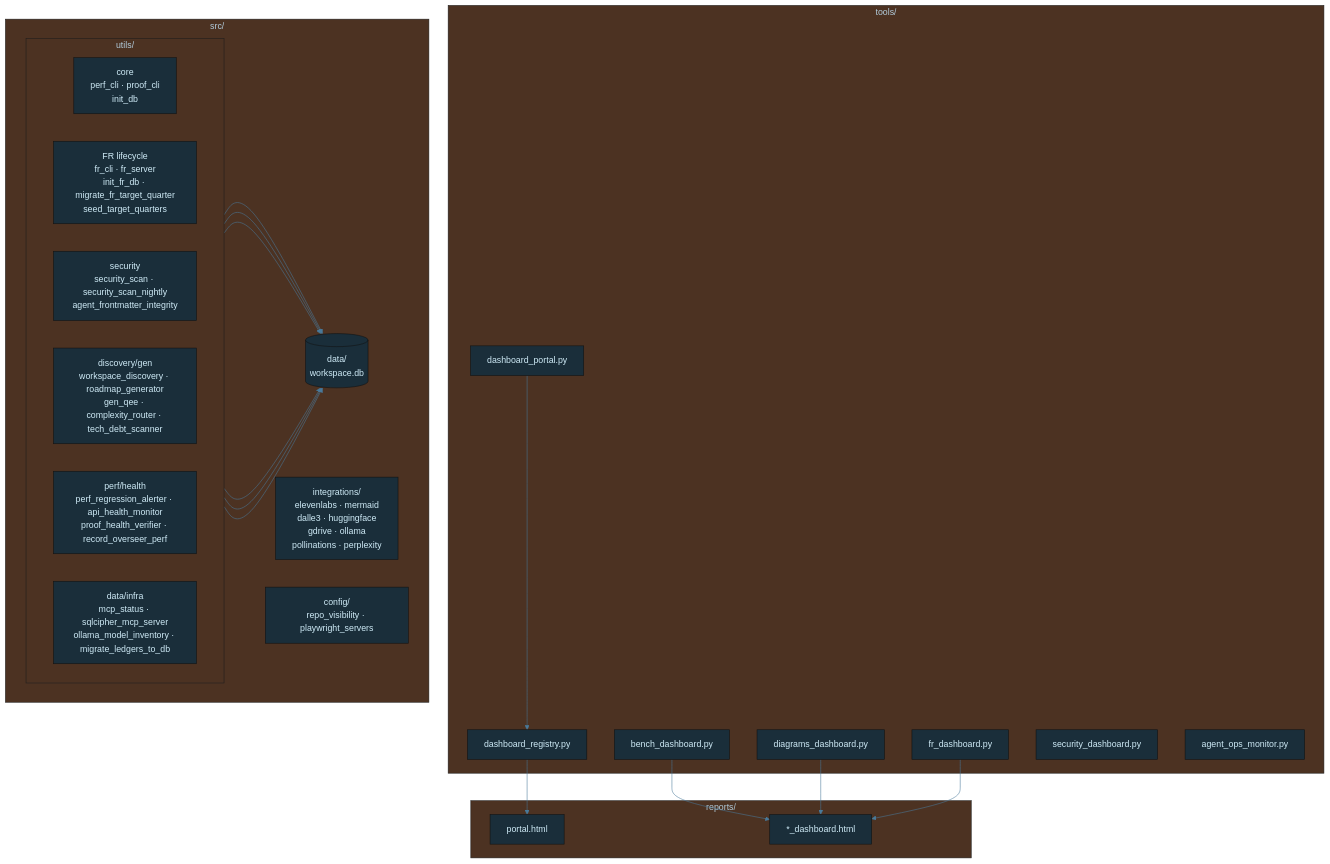
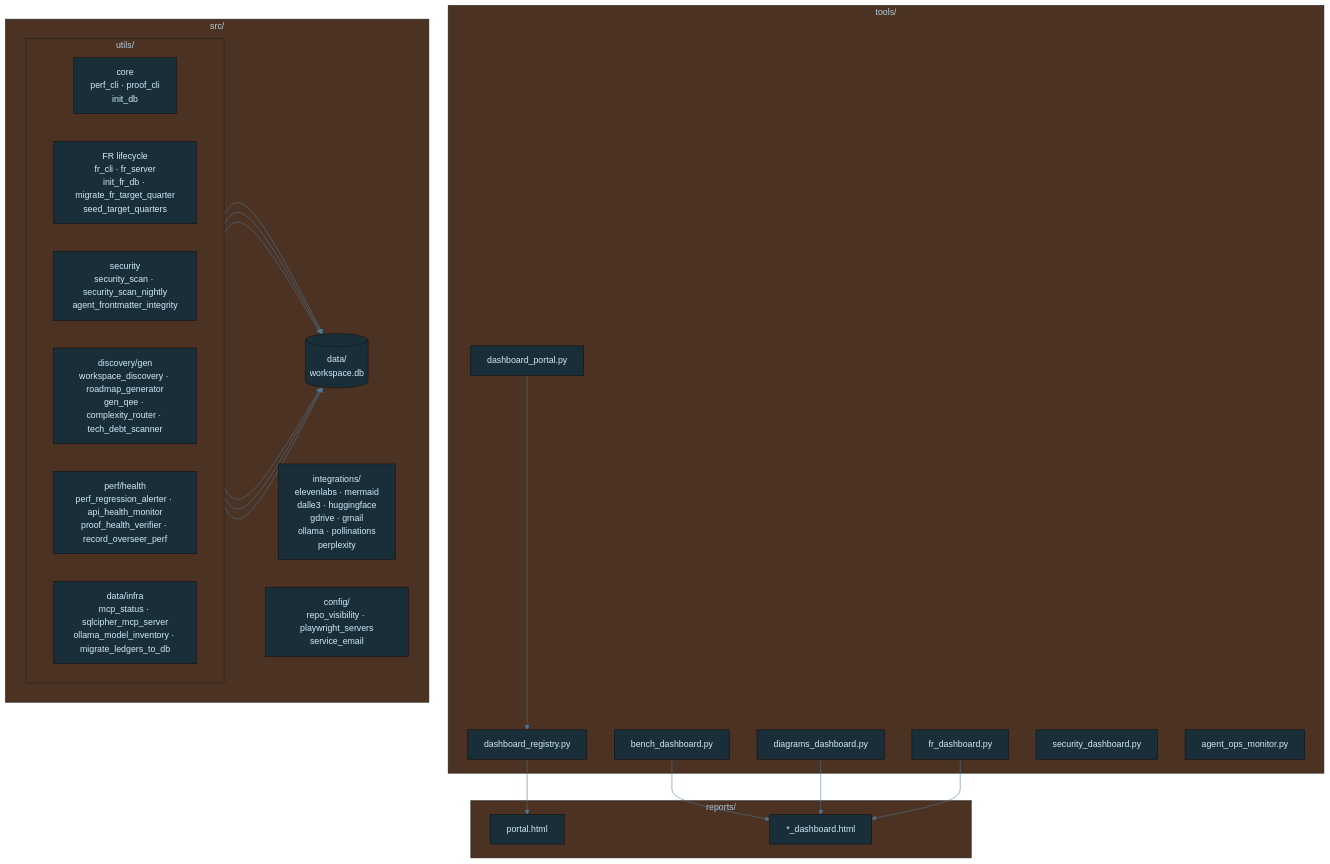
One commit to tylerdrakemusic/-Workspace changed the diagram in diagrams/workspace-architecture-detail.mmd. Above: the diagram before and after it, drawn with Mermaid. The commit also changed 8 other files, not shown here.

First line of the commit message:
⊕ workspace: FR-20260808-dedicated-service-email — add dedicated service-email (Gmail) capability

```diff
--- a/diagrams/workspace-architecture-detail.mmd
+++ b/diagrams/workspace-architecture-detail.mmd
@@ -1,53 +1,53 @@
 %%{init: {'theme': 'base', 'themeVariables': {'primaryColor': '#1a2e3a', 'primaryTextColor': '#d0ecf8', 'edgeLabelBackground': '#0f1318', 'lineColor': '#4a7a9a'}}}%%
 graph TB
     subgraph Tools["tools/"]
         Portal[dashboard_portal.py]
         Registry[dashboard_registry.py]
         Bench[bench_dashboard.py]
         Diagrams[diagrams_dashboard.py]
         FR[fr_dashboard.py]
         Sec[security_dashboard.py]
         Ops[agent_ops_monitor.py]
     end
     subgraph Src["src/"]
         subgraph UtilsGroup["utils/"]
             direction LR
             UtilsCore[core<br/>perf_cli · proof_cli<br/>init_db]
             UtilsFR[FR lifecycle<br/>fr_cli · fr_server<br/>init_fr_db · migrate_fr_target_quarter<br/>seed_target_quarters]
             UtilsSec[security<br/>security_scan · security_scan_nightly<br/>agent_frontmatter_integrity]
             UtilsDiscovery[discovery/gen<br/>workspace_discovery · roadmap_generator<br/>gen_qee · complexity_router · tech_debt_scanner]
             UtilsPerf[perf/health<br/>perf_regression_alerter · api_health_monitor<br/>proof_health_verifier · record_overseer_perf]
             UtilsData[data/infra<br/>mcp_status · sqlcipher_mcp_server<br/>ollama_model_inventory · migrate_ledgers_to_db]
         end
-        Integrations[integrations/<br/>elevenlabs · mermaid<br/>dalle3 · huggingface<br/>gdrive · ollama<br/>pollinations · perplexity]
-        Config[config/<br/>repo_visibility · playwright_servers]
+        Integrations[integrations/<br/>elevenlabs · mermaid<br/>dalle3 · huggingface<br/>gdrive · gmail<br/>ollama · pollinations<br/>perplexity]
+        Config[config/<br/>repo_visibility · playwright_servers<br/>service_email]
         Data[(data/<br/>workspace.db)]
     end
     subgraph Reports["reports/"]
         PortalHtml[portal.html]
         Dashes[*_dashboard.html]
     end
     Portal --> Registry
     Registry --> PortalHtml
     Bench --> Dashes
     Diagrams --> Dashes
     FR --> Dashes
     UtilsCore --> Data
     UtilsFR --> Data
     UtilsSec --> Data
     UtilsDiscovery --> Data
     UtilsPerf --> Data
     UtilsData --> Data
     class Tools tool
     class Src src
     class Reports out
 
 classDef life     fill:#1a2e3a,stroke:#6ab4d4,color:#d0ecf8
 classDef music    fill:#3a1a24,stroke:#d47a8f,color:#f8d0dc
 classDef quantum  fill:#251a3a,stroke:#a07adf,color:#e8d0f8
 classDef manifest fill:#3a2e1a,stroke:#d4a96a,color:#f8ead0
 classDef ws       fill:#1a3a30,stroke:#6ad4b4,color:#d0f8ee
 classDef tyler    fill:#2a1a3a,stroke:#9e4aff,color:#fff
 classDef ext      fill:#3a2020,stroke:#ff7a7a,color:#ffd0d0
 classDef db       fill:#3a3010,stroke:#d4c050,color:#f8f0c0
 classDef state    fill:#1a1a1a,stroke:#888888,color:#cccccc
```
